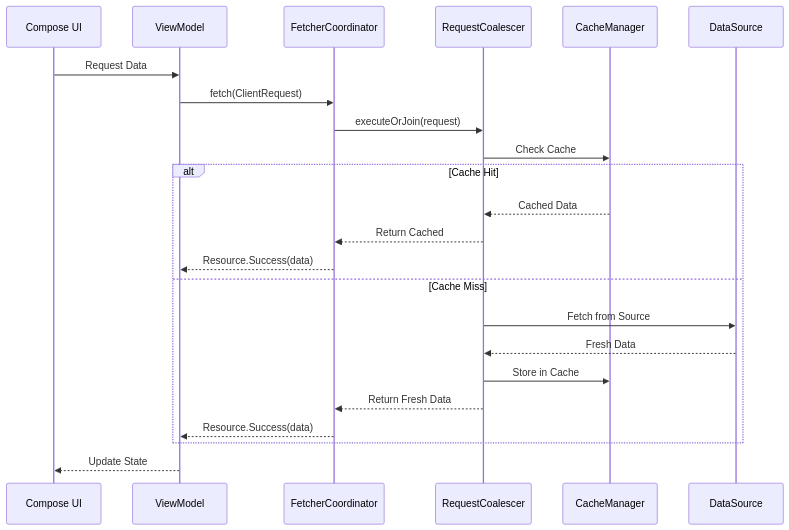
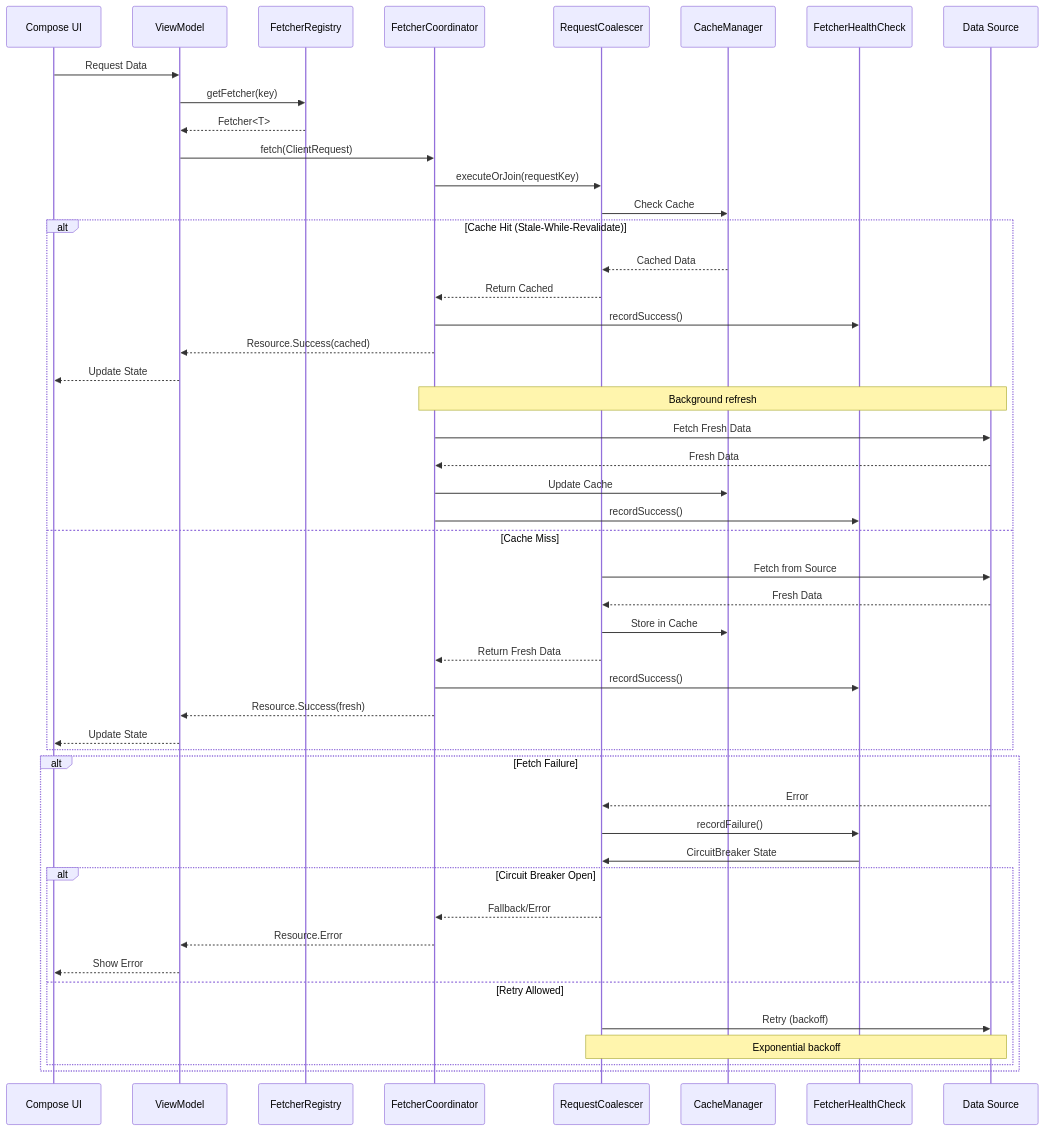
Before and after one commit to zion812/ROSTRY: the second of 3 diagrams in docs/fetcher-system.md, drawn with Mermaid. The commit also changed other lines of this file and 42 other files, not shown here.

````diff
--- a/docs/fetcher-system.md
+++ b/docs/fetcher-system.md
@@ -550,26 +243,55 @@
 ```mermaid
 sequenceDiagram
     participant UI as Compose UI
     participant VM as ViewModel
+    participant FR as FetcherRegistry
     participant FC as FetcherCoordinator
     participant RC as RequestCoalescer
     participant CM as CacheManager
-    participant DS as DataSource
+    participant HC as FetcherHealthCheck
+    participant DS as Data Source
 
     UI->>VM: Request Data
+    VM->>FR: getFetcher(key)
+    FR-->>VM: Fetcher<T>
     VM->>FC: fetch(ClientRequest)
-    FC->>RC: executeOrJoin(request)
+    FC->>RC: executeOrJoin(requestKey)
     RC->>CM: Check Cache
-    alt Cache Hit
+    
+    alt Cache Hit (Stale-While-Revalidate)
         CM-->>RC: Cached Data
         RC-->>FC: Return Cached
-        FC-->>VM: Resource.Success(data)
+        FC->>HC: recordSuccess()
+        FC-->>VM: Resource.Success(cached)
+        VM-->>UI: Update State
+        
+        Note over FC,DS: Background refresh
+        FC->>DS: Fetch Fresh Data
+        DS-->>FC: Fresh Data
+        FC->>CM: Update Cache
+        FC->>HC: recordSuccess()
     else Cache Miss
         RC->>DS: Fetch from Source
         DS-->>RC: Fresh Data
         RC->>CM: Store in Cache
         RC-->>FC: Return Fresh Data
-        FC-->>VM: Resource.Success(data)
+        FC->>HC: recordSuccess()
+        FC-->>VM: Resource.Success(fresh)
+        VM-->>UI: Update State
     end
-    VM-->>UI: Update State
+    
+    alt Fetch Failure
+        DS-->>RC: Error
+        RC->>HC: recordFailure()
+        HC->>RC: CircuitBreaker State
+        
+        alt Circuit Breaker Open
+            RC-->>FC: Fallback/Error
+            FC-->>VM: Resource.Error
+            VM-->>UI: Show Error
+        else Retry Allowed
+            RC->>DS: Retry (backoff)
+            Note over RC,DS: Exponential backoff
+        end
+    end
 ```
````
